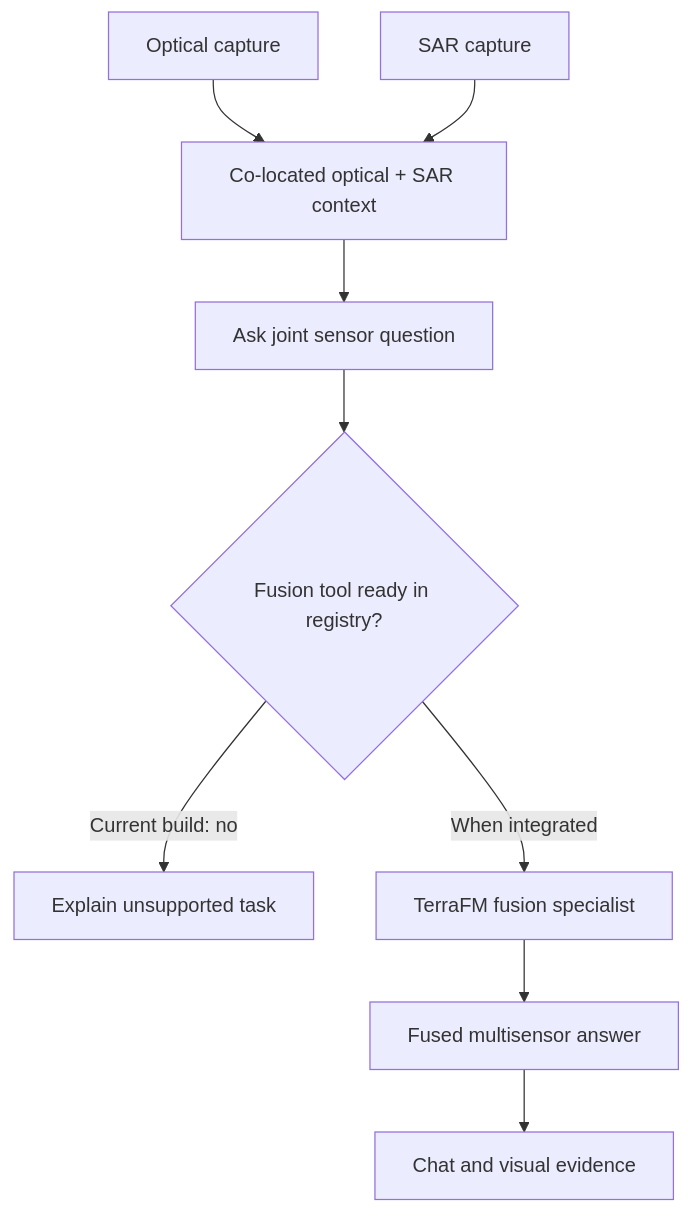
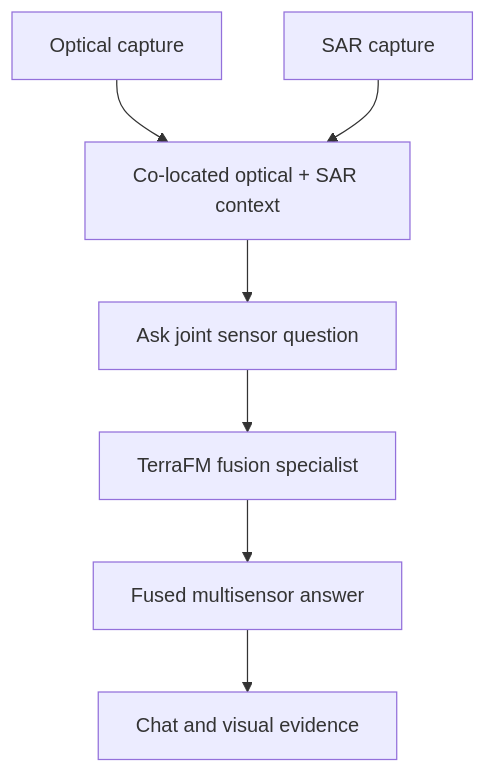
One commit to Siddh-2006/SatQuery_AI changed the fifth of 6 diagrams in docs/04-user-flow.md. Above: the diagram before and after it, drawn with Mermaid. The commit also changed other lines of this file and 8 other files, not shown here.

````diff
--- a/docs/04-user-flow.md
+++ b/docs/04-user-flow.md
@@ -186,11 +171,9 @@
 ```mermaid
 flowchart TD
 	Optical[Optical capture] --> Pair[Co-located optical + SAR context]
 	SAR[SAR capture] --> Pair
 	Pair --> Question[Ask joint sensor question]
-	Question --> Gate{Fusion tool ready in registry?}
-	Gate -->|Current build: no| Rejected[Explain unsupported task]
-	Gate -->|When integrated| Fusion[TerraFM fusion specialist]
+	Question --> Fusion[TerraFM fusion specialist]
 	Fusion --> Answer[Fused multisensor answer]
 	Answer --> UI[Chat and visual evidence]
 ```
````
